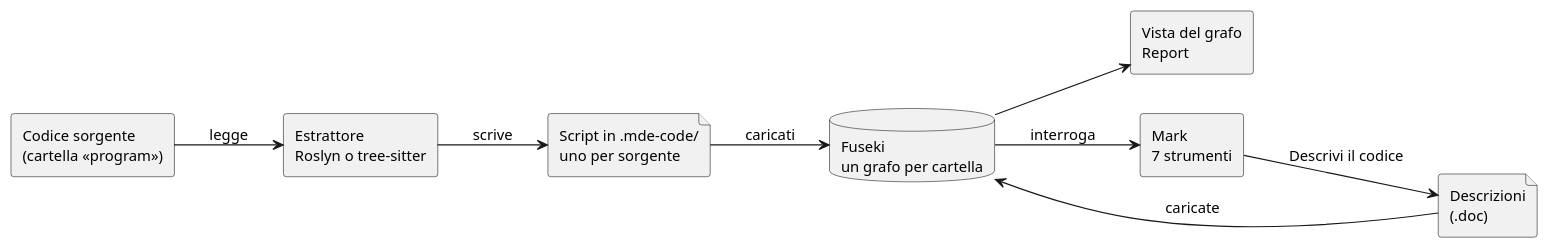
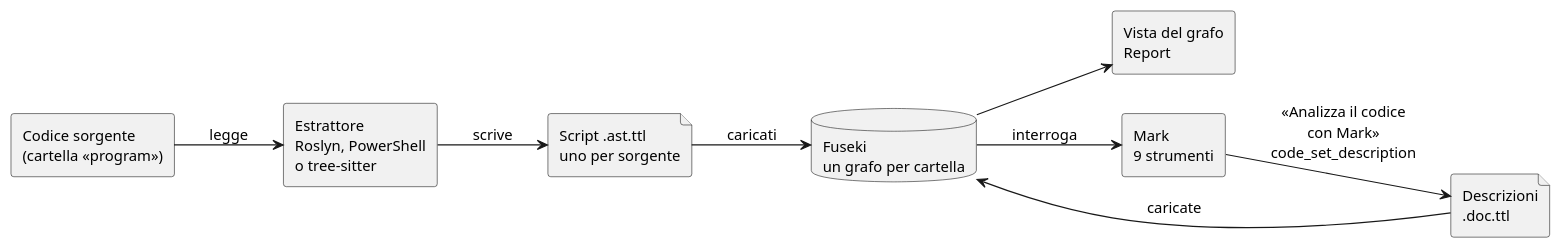
One commit to salaroglio/mdexplorer-demo changed the diagram in grafo-del-codice/guida/come-funziona.md. Above: the diagram before and after it, drawn with PlantUML. The commit also changed other lines of this file and 33 other files, not shown here.

````diff
--- a/grafo-del-codice/guida/come-funziona.md
+++ b/grafo-del-codice/guida/come-funziona.md
@@ -20,23 +20,23 @@
 ```plantuml
 @startuml
 skinparam shadowing false
 skinparam defaultFontSize 13
 left to right direction
 
 rectangle "Codice sorgente\n(cartella «program»)" as src
-rectangle "Estrattore\nRoslyn o tree-sitter" as ext
-file "Script in .mde-code/\nuno per sorgente" as scripts
+rectangle "Estrattore\nRoslyn, PowerShell\no tree-sitter" as ext
+file "Script .ast.ttl\nuno per sorgente" as scripts
 database "Fuseki\nun grafo per cartella" as db
 rectangle "Vista del grafo\nReport" as view
-rectangle "Mark\n7 strumenti" as mark
-file "Descrizioni\n(.doc)" as doc
+rectangle "Mark\n9 strumenti" as mark
+file "Descrizioni\n.doc.ttl" as doc
 
 src --> ext : legge
 ext --> scripts : scrive
 scripts --> db : caricati
 db --> view
 db --> mark : interroga
-mark --> doc : «Descrivi il codice»
+mark --> doc : «Analizza il codice\ncon Mark»\ncode_set_description
 doc --> db : caricate
 @enduml
 ```
````
